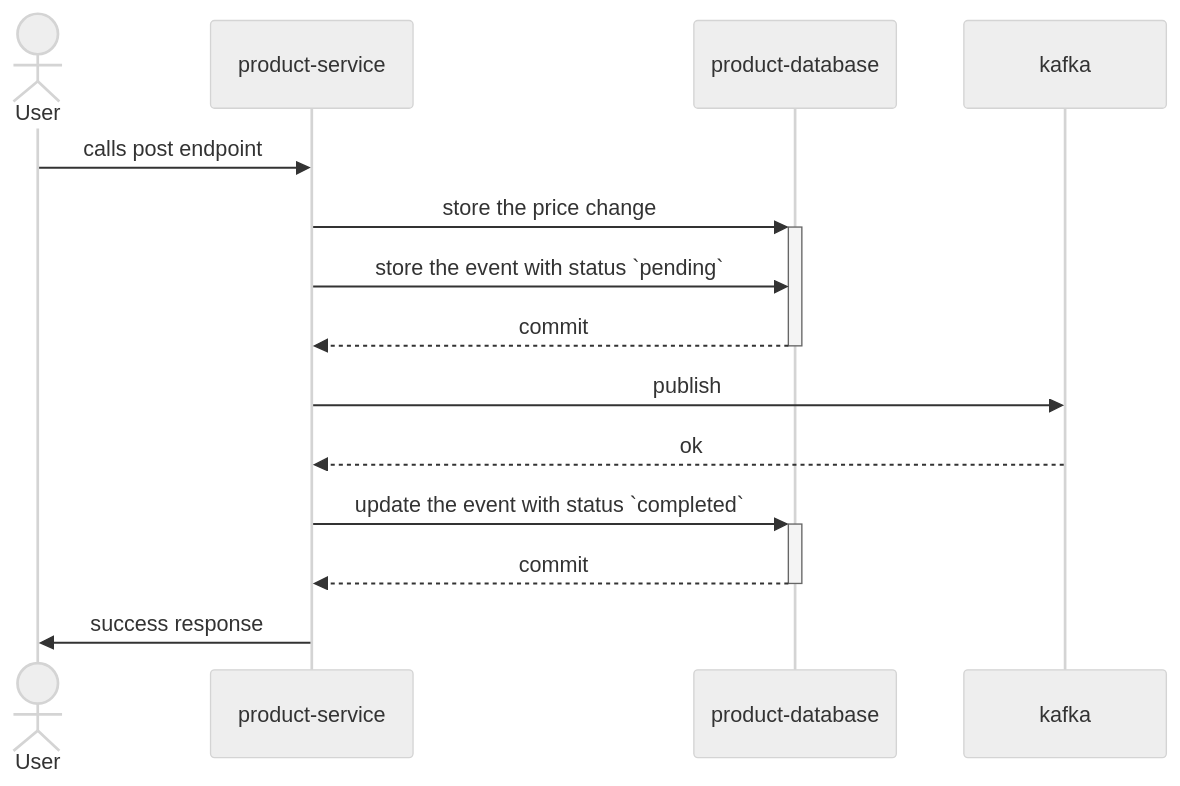
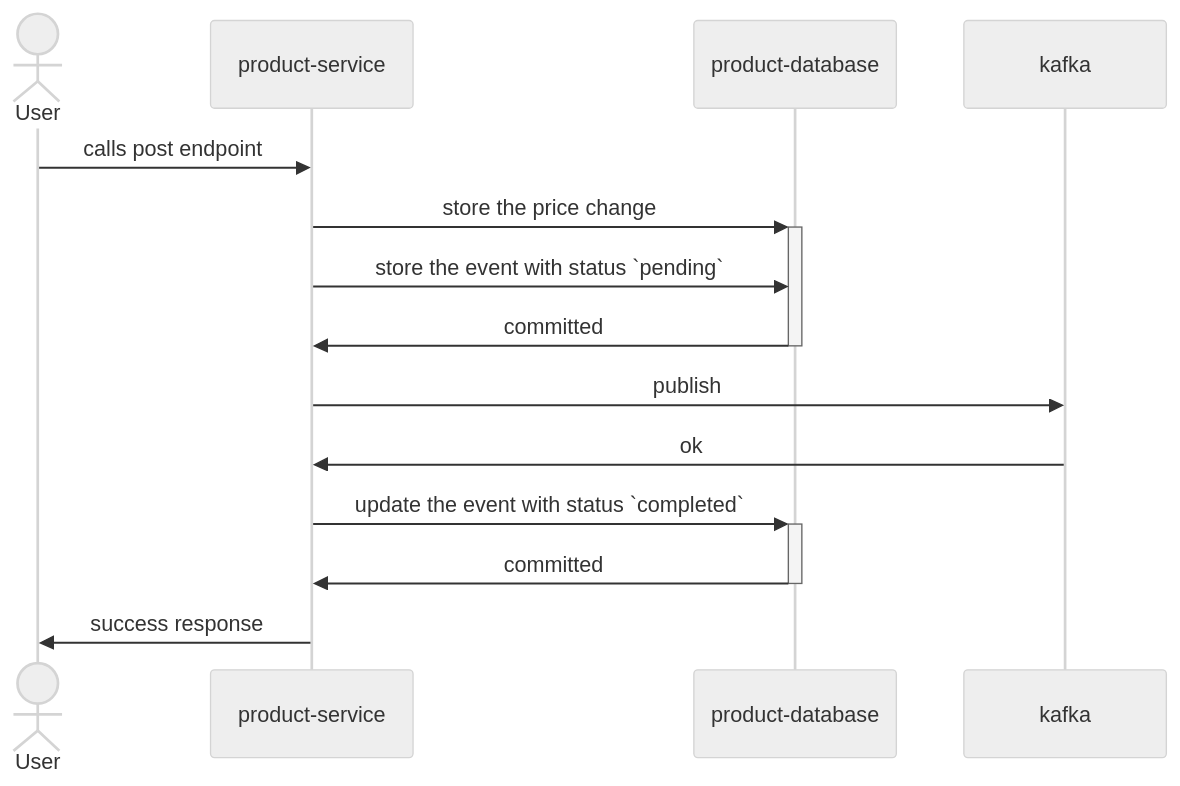
One commit to diocorrea/diocorrea.github.io changed the second of 8 diagrams in _drafts/outbox-pattern.md. Above: the diagram before and after it, drawn with Mermaid (neutral theme). The commit also changed other lines of this file, not shown here.

````diff
--- a/_drafts/outbox-pattern.md
+++ b/_drafts/outbox-pattern.md
@@ -46,14 +43,14 @@
 ```mermaid
     sequenceDiagram
         actor User
         User->>product-service: calls post endpoint
         product-service->>+product-database: store the price change
         product-service->>product-database: store the event with status `pending`
-        product-database-->>-product-service: commit
+        product-database->>-product-service: committed
         product-service->>kafka:publish
-        kafka-->>product-service: ok
+        kafka->>product-service: ok
         product-service->>+product-database: update the event with status `completed`
-        product-database-->>-product-service: commit
+        product-database->>-product-service: committed
         product-service->>User: success response
 
 ```
````
